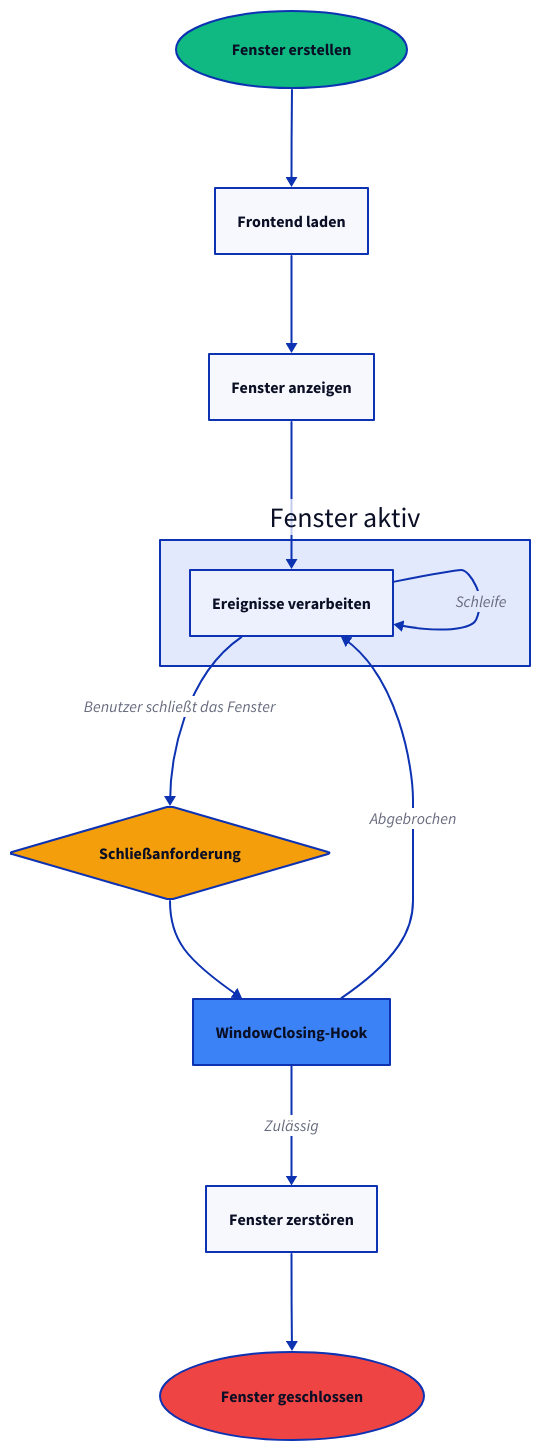
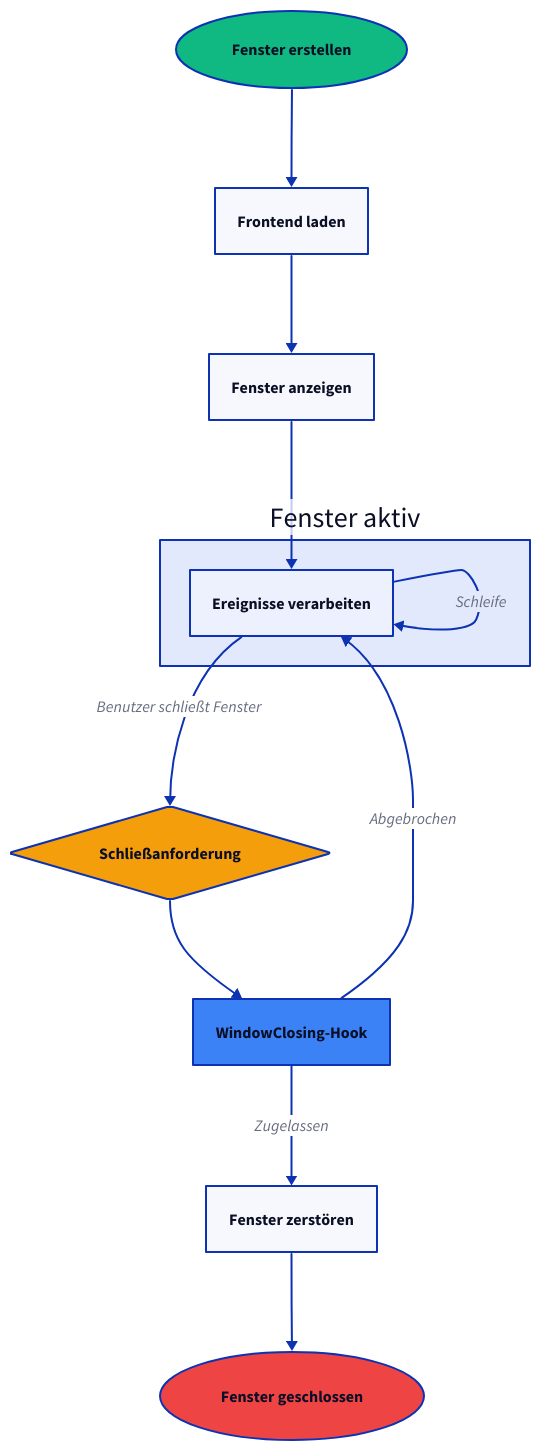
One commit to wailsapp/wails changed the second of 2 diagrams in docs/mpress/content/de/concepts/lifecycle.md. Above: the diagram before and after it, drawn with D2. The commit also changed other lines of this file and 1096 other files, not shown here.

````diff
--- a/docs/mpress/content/de/concepts/lifecycle.md
+++ b/docs/mpress/content/de/concepts/lifecycle.md
@@ -451,51 +451,51 @@
 ```d2
 direction: down
 
 Create: Fenster erstellen {
   shape: oval
   style.fill: "#10B981"
 }
 
 Load: Frontend laden {
   shape: rectangle
 }
 
 Show: Fenster anzeigen {
   shape: rectangle
 }
 
 Active: Fenster aktiv {
   Events: Ereignisse verarbeiten {
     shape: rectangle
   }
 }
 
 CloseRequest: Schließanforderung {
   shape: diamond
   style.fill: "#F59E0B"
 }
 
 Hook: WindowClosing-Hook {
   shape: rectangle
   style.fill: "#3B82F6"
 }
 
 Destroy: Fenster zerstören {
   shape: rectangle
 }
 
 End: Fenster geschlossen {
   shape: oval
   style.fill: "#EF4444"
 }
 
 Create -> Load
 Load -> Show
 Show -> Active.Events
 Active.Events -> Active.Events: Schleife
-Active.Events -> CloseRequest: Benutzer schließt das Fenster
+Active.Events -> CloseRequest: Benutzer schließt Fenster
 CloseRequest -> Hook
 Hook -> Active.Events: Abgebrochen
-Hook -> Destroy: Zulässig
+Hook -> Destroy: Zugelassen
 Destroy -> End
 ```
````
